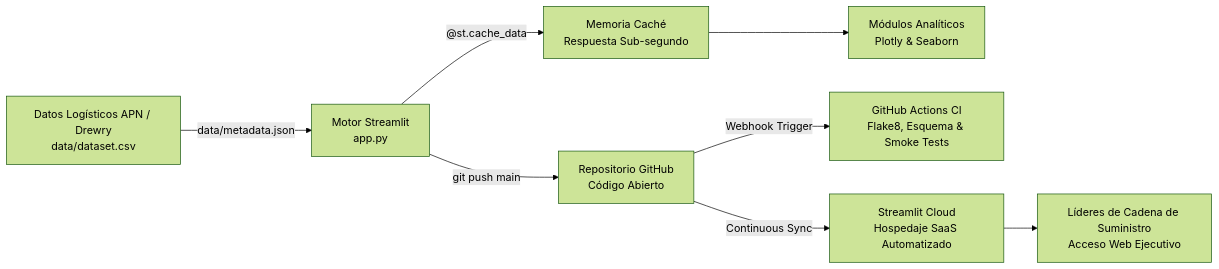
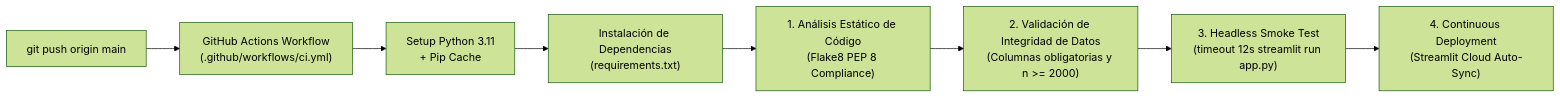
Before and after one commit to FabrizioPerezPeralta/Chancay-vs.-Callao-Interactive-Maritime-Logistics-Explorer-with-Python-Streamlit-Plotly: the fifth of 5 diagrams in README.md, drawn with Mermaid (forest theme). The commit also changed other lines of this file, not shown here.

Commit message:
Correccion del diagrama de flujo v2

````diff
--- a/README.md
+++ b/README.md
@@ -34,10 +277,10 @@
 ```mermaid
 flowchart LR
-    A["Datos Logísticos APN / Drewry<br/>data/dataset.csv"] -->|"data/metadata.json"| B["Motor Streamlit<br/>app.py"]
-    B -->|"@st.cache_data"| C["Memoria Caché<br/>Respuesta Sub-segundo"]
-    C --> D["Módulos Analíticos<br/>Plotly & Seaborn"]
-    B -->|"git push main"| E["Repositorio GitHub<br/>Código Abierto"]
-    E -->|"Webhook Trigger"| F["GitHub Actions CI<br/>Flake8, Esquema & Smoke Tests"]
-    E -->|"Continuous Sync"| G["Streamlit Cloud<br/>Hospedaje SaaS Automatizado"]
-    G --> H["Líderes de Cadena de Suministro<br/>Acceso Web Ejecutivo"]
+    Push["git push origin main"] --> Trigger["GitHub Actions Workflow<br/>(.github/workflows/ci.yml)"]
+    Trigger --> Setup["Setup Python 3.11<br/>+ Pip Cache"]
+    Setup --> Deps["Instalación de Dependencias<br/>(requirements.txt)"]
+    Deps --> Lint["1. Análisis Estático de Código<br/>(Flake8 PEP 8 Compliance)"]
+    Lint --> Schema["2. Validación de Integridad de Datos<br/>(Columnas obligatorias y n >= 2000)"]
+    Schema --> Smoke["3. Headless Smoke Test<br/>(timeout 12s streamlit run app.py)"]
+    Smoke --> Deploy["4. Continuous Deployment<br/>(Streamlit Cloud Auto-Sync)"]
 ```
````
